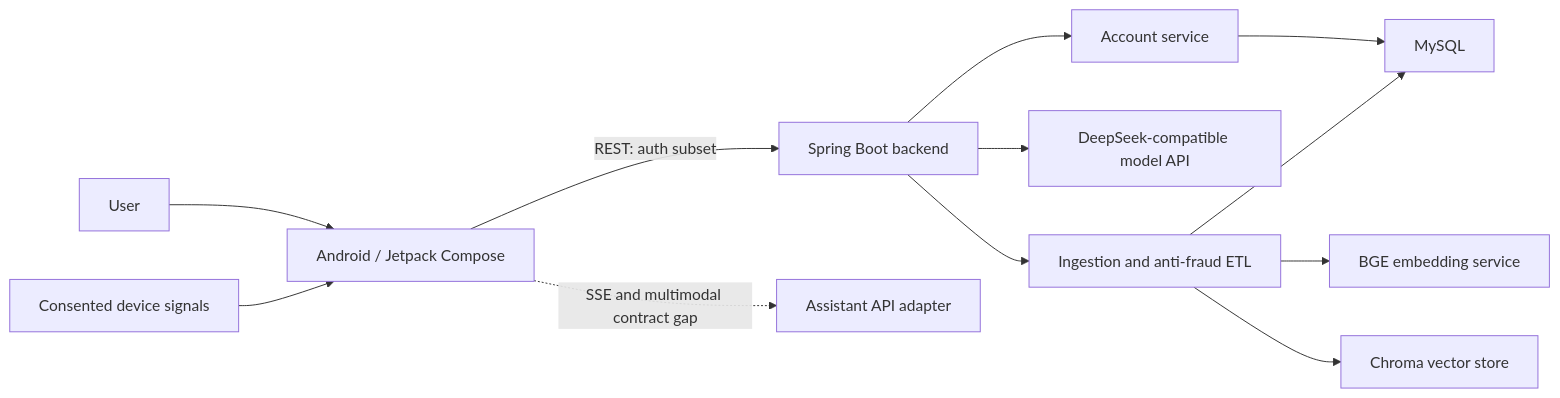
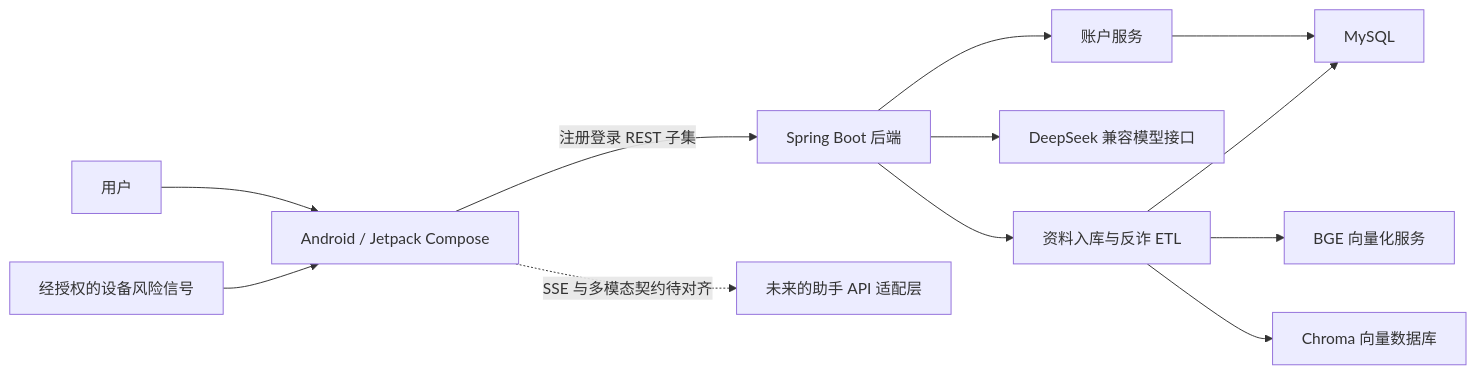
Before and after one commit to MagicVVu/FanZha: the diagram in README.md, drawn with Mermaid. The commit also changed other lines of this file and 17 other files, not shown here.

````diff
--- a/README.md
+++ b/README.md
@@ -43,14 +43,14 @@
 ```mermaid
 flowchart LR
-    USER["User"] --> APP["Android / Jetpack Compose"]
-    DEVICE["Consented device signals"] --> APP
-    APP -->|"REST: auth subset"| API["Spring Boot backend"]
-    APP -. "SSE and multimodal contract gap" .-> FUTURE["Assistant API adapter"]
-    API --> AUTH["Account service"]
-    API --> AI["DeepSeek-compatible model API"]
-    API --> ETL["Ingestion and anti-fraud ETL"]
+    USER["用户"] --> APP["Android / Jetpack Compose"]
+    DEVICE["经授权的设备风险信号"] --> APP
+    APP -->|"注册登录 REST 子集"| API["Spring Boot 后端"]
+    APP -. "SSE 与多模态契约待对齐" .-> FUTURE["未来的助手 API 适配层"]
+    API --> AUTH["账户服务"]
+    API --> AI["DeepSeek 兼容模型接口"]
+    API --> ETL["资料入库与反诈 ETL"]
     AUTH --> MYSQL["MySQL"]
     ETL --> MYSQL
-    ETL --> BGE["BGE embedding service"]
-    ETL --> CHROMA["Chroma vector store"]
+    ETL --> BGE["BGE 向量化服务"]
+    ETL --> CHROMA["Chroma 向量数据库"]
 ```
````
